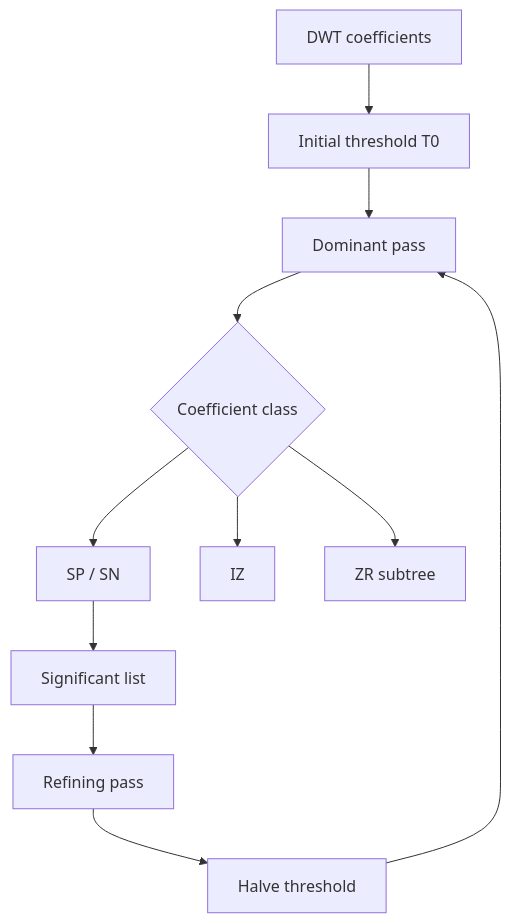
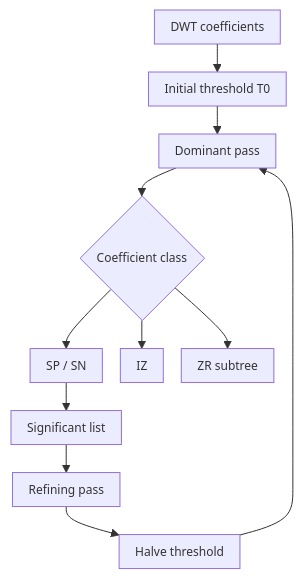
The tenth of 31 diagrams in First Year/Second Semester/Multimedia Communications/Summaries/Multimedia Communications - Complete Notes.md (alessandro-vulcu-code/ICT2025), drawn with Mermaid before and after one commit. The commit also changed other lines of this file and 582 other files, not shown here.

````diff
--- a/First Year/Second Semester/Multimedia Communications/Summaries/Multimedia Communications - Complete Notes.md
+++ b/First Year/Second Semester/Multimedia Communications/Summaries/Multimedia Communications - Complete Notes.md
@@ -3242,13 +3232,14 @@
 ```mermaid
+%%{init: {"flowchart": {"useMaxWidth": true, "htmlLabels": false, "nodeSpacing": 18, "rankSpacing": 28, "padding": 8}, "themeVariables": {"fontSize": "12px"}}}%%
 flowchart TD
-    A[DWT coefficients] --> B[Initial threshold T0]
-    B --> C[Dominant pass]
-    C --> D{Coefficient class}
-    D --> SP[SP / SN]
-    D --> IZ[IZ]
-    D --> ZR[ZR subtree]
-    SP --> E[Significant list]
-    E --> F[Refining pass]
-    F --> G[Halve threshold]
+    A["DWT coefficients"] --> B["Initial threshold T0"]
+    B --> C["Dominant pass"]
+    C --> D{"Coefficient class"}
+    D --> SP["SP / SN"]
+    D --> IZ["IZ"]
+    D --> ZR["ZR subtree"]
+    SP --> E["Significant list"]
+    E --> F["Refining pass"]
+    F --> G["Halve threshold"]
     G --> C
 ```
````
